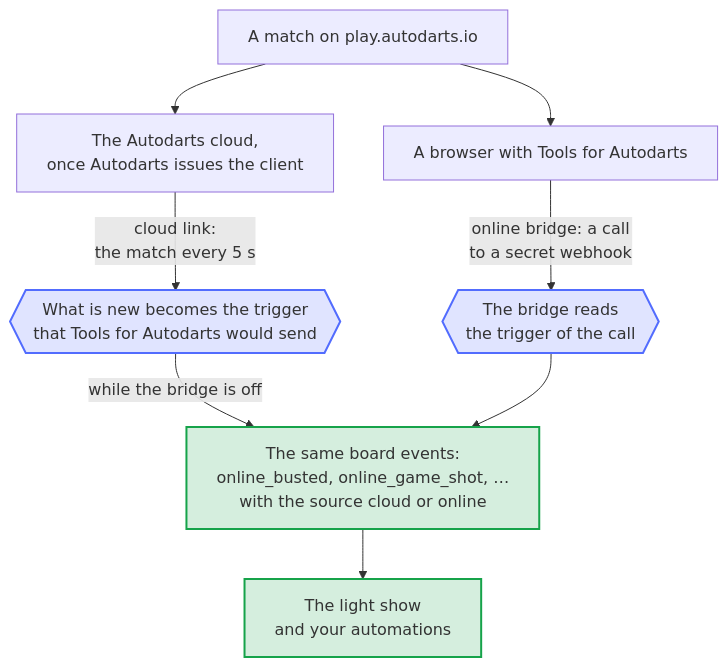
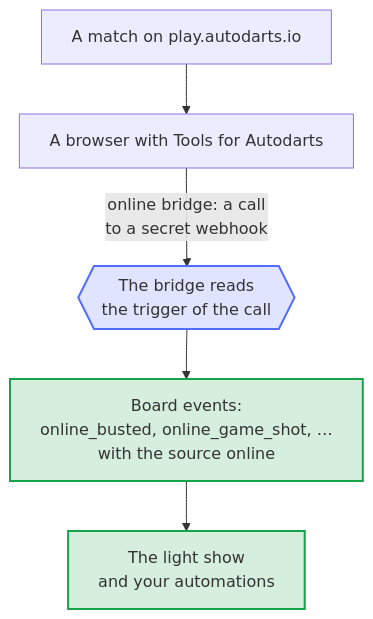
The diagram in docs/diagrams/online-moments.en.mmd (Dennis-Otto/ha-autodarts), drawn with Mermaid before and after one commit. The commit also changed 97 other files, not shown here.

First line of the commit message:
refactor: remove the hidden cloud link (#440)

```diff
--- a/docs/diagrams/online-moments.en.mmd
+++ b/docs/diagrams/online-moments.en.mmd
@@ -1,21 +1,18 @@
 ---
 config:
   flowchart:
     wrappingWidth: 400
 ---
 flowchart TB
-  accTitle: Two ways for the moments of an online match
-  accDescr: A match on play.autodarts.io reaches Home Assistant in one of two ways. With the cloud link, once Autodarts issues its client, the integration reads the state of the match from the Autodarts cloud every 5 seconds and turns what is new into the triggers of Tools for Autodarts. With the online bridge, Tools for Autodarts in the browser calls a secret webhook of Home Assistant. Both become the same board events, such as online_busted and online_game_shot, for the light show and your automations. While the bridge is switched on, it alone reports the moments.
+  accTitle: The moments of an online match
+  accDescr: A match on play.autodarts.io is counted in the browser. For each of its moments, Tools for Autodarts in the browser calls a secret webhook of Home Assistant, and the online bridge turns the trigger of the call into a board event, such as online_busted and online_game_shot, for the light show and your automations.
 
-  MATCH["A match on play.autodarts.io"] --> CLOUD["The Autodarts cloud,<br/>once Autodarts issues the client"]
-  MATCH --> BROWSER["A browser with Tools for Autodarts"]
-  CLOUD -->|"cloud link:<br/>the match every 5 s"| MOMENTS{{"What is new becomes the trigger<br/>that Tools for Autodarts would send"}}
+  MATCH["A match on play.autodarts.io"] --> BROWSER["A browser with Tools for Autodarts"]
   BROWSER -->|"online bridge: a call<br/>to a secret webhook"| BRIDGE{{"The bridge reads<br/>the trigger of the call"}}
-  MOMENTS -->|"while the bridge is off"| EVENTS["The same board events:<br/>online_busted, online_game_shot, …<br/>with the source cloud or online"]
-  BRIDGE --> EVENTS
+  BRIDGE --> EVENTS["Board events:<br/>online_busted, online_game_shot, …<br/>with the source online"]
   EVENTS --> USE["The light show<br/>and your automations"]
 
   classDef bot fill:#526cfe2e,stroke:#526cfe,stroke-width:2px
   classDef done fill:#16a34a2e,stroke:#16a34a,stroke-width:2px
-  class MOMENTS,BRIDGE bot
+  class BRIDGE bot
   class EVENTS,USE done
```
